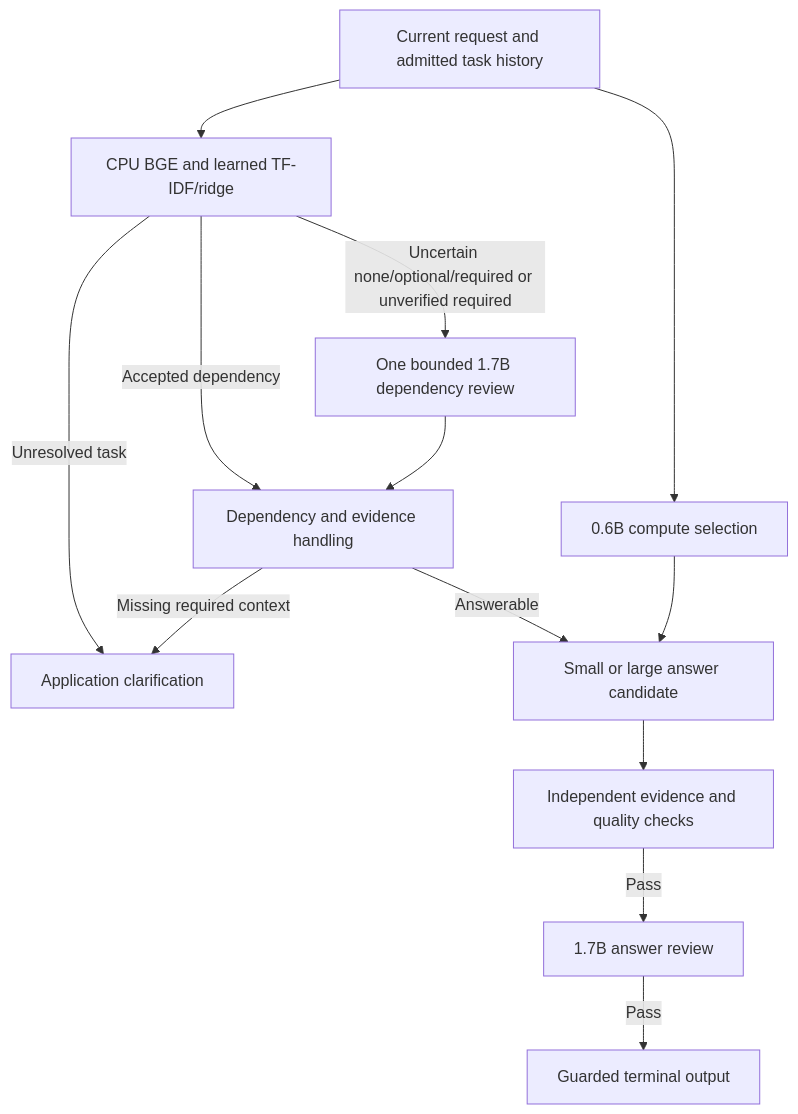
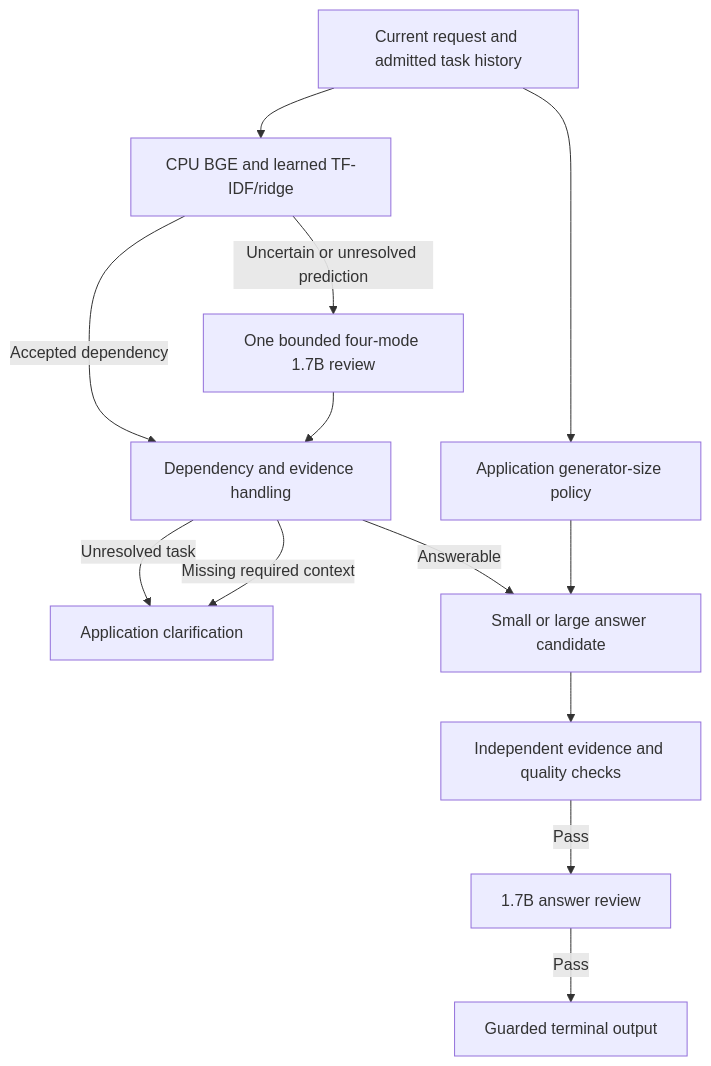
One commit to EbadShabbir/Oline_HRI changed the diagram in README.md. Above: the diagram before and after it, drawn with Mermaid. The commit also changed other lines of this file and 1577 other files, not shown here.

````diff
--- a/README.md
+++ b/README.md
@@ -347,15 +366,15 @@
 ```mermaid
 flowchart TD
     Input[Current request and admitted task history] --> Dependency[CPU BGE and learned TF-IDF/ridge]
-    Input --> Compute[0.6B compute selection]
+    Input --> Compute[Application generator-size policy]
     Dependency -->|Accepted dependency| Evidence[Dependency and evidence handling]
-    Dependency -->|Uncertain none/optional/required or unverified required| DependencyReview[One bounded 1.7B dependency review]
+    Dependency -->|Uncertain or unresolved prediction| DependencyReview[One bounded four-mode 1.7B review]
     DependencyReview --> Evidence
-    Dependency -->|Unresolved task| Clarify
+    Evidence -->|Unresolved task| Clarify
     Evidence -->|Answerable| Candidate[Small or large answer candidate]
     Evidence -->|Missing required context| Clarify[Application clarification]
     Compute --> Candidate
     Candidate --> Checks[Independent evidence and quality checks]
     Checks -->|Pass| Review[1.7B answer review]
     Review -->|Pass| Output[Guarded terminal output]
 ```
````
